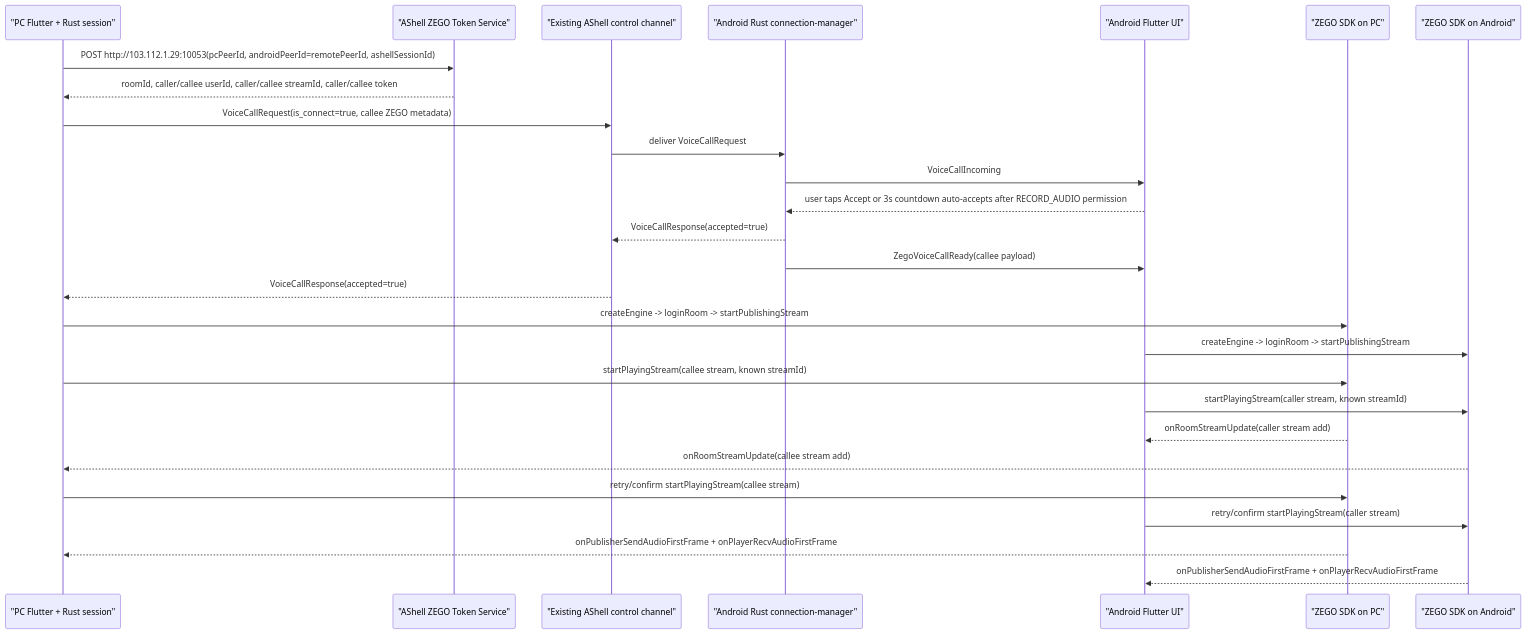
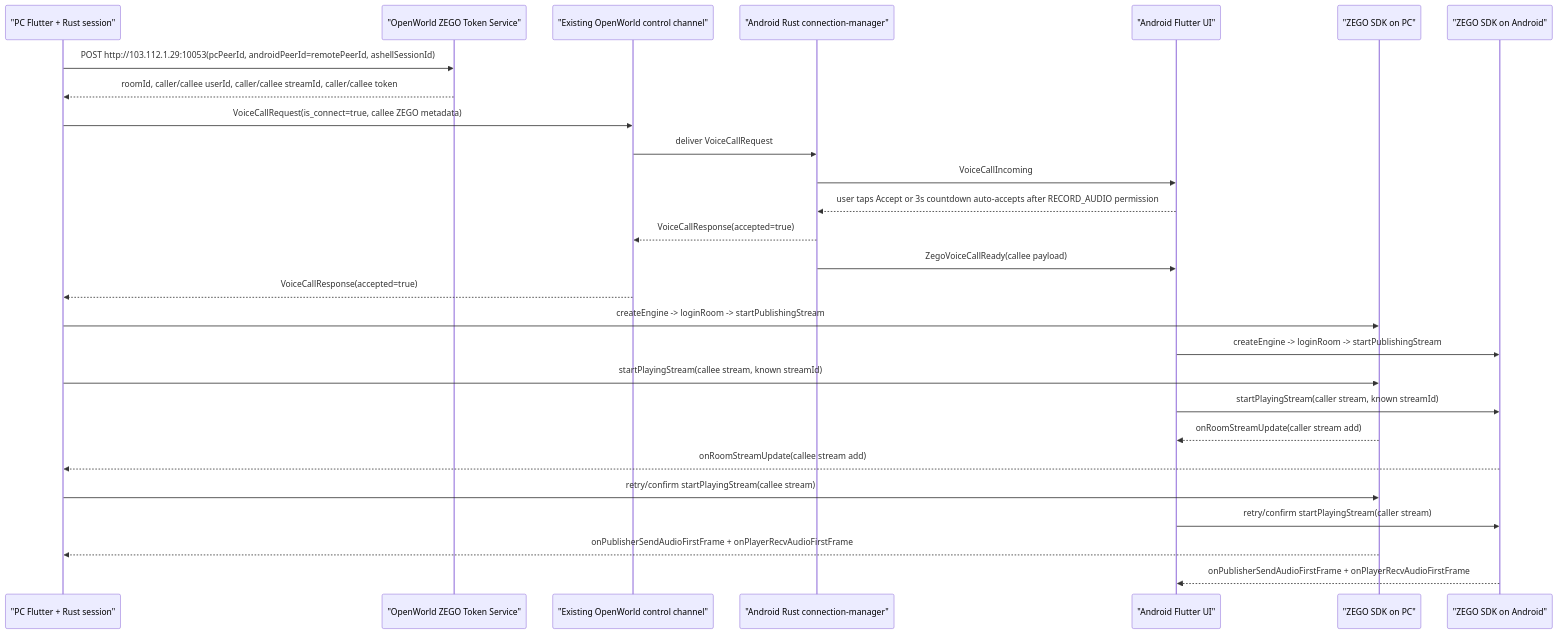
One commit to adb-shell/A-Shell-You changed the first of 3 diagrams in docs/ZEGO_VOICE_CALL_ARCHITECTURE.md. Above: the diagram before and after it, drawn with Mermaid. The commit also changed other lines of this file and 300 other files, not shown here.

````diff
--- a/docs/ZEGO_VOICE_CALL_ARCHITECTURE.md
+++ b/docs/ZEGO_VOICE_CALL_ARCHITECTURE.md
@@ -17,30 +19,30 @@
 ```mermaid
 sequenceDiagram
     participant PC as "PC Flutter + Rust session"
-    participant Token as "AShell ZEGO Token Service"
-    participant Conn as "Existing AShell control channel"
+    participant Token as "OpenWorld ZEGO Token Service"
+    participant Conn as "Existing OpenWorld control channel"
     participant AndroidRust as "Android Rust connection-manager"
     participant AndroidUI as "Android Flutter UI"
     participant ZegoPC as "ZEGO SDK on PC"
     participant ZegoAndroid as "ZEGO SDK on Android"
 
     PC->>Token: POST http://103.112.1.29:10053(pcPeerId, androidPeerId=remotePeerId, ashellSessionId)
     Token-->>PC: roomId, caller/callee userId, caller/callee streamId, caller/callee token
     PC->>Conn: VoiceCallRequest(is_connect=true, callee ZEGO metadata)
     Conn->>AndroidRust: deliver VoiceCallRequest
     AndroidRust->>AndroidUI: VoiceCallIncoming
     AndroidUI-->>AndroidRust: user taps Accept or 3s countdown auto-accepts after RECORD_AUDIO permission
     AndroidRust-->>Conn: VoiceCallResponse(accepted=true)
     AndroidRust->>AndroidUI: ZegoVoiceCallReady(callee payload)
     Conn-->>PC: VoiceCallResponse(accepted=true)
     PC->>ZegoPC: createEngine -> loginRoom -> startPublishingStream
     AndroidUI->>ZegoAndroid: createEngine -> loginRoom -> startPublishingStream
     PC->>ZegoPC: startPlayingStream(callee stream, known streamId)
     AndroidUI->>ZegoAndroid: startPlayingStream(caller stream, known streamId)
     ZegoPC-->>AndroidUI: onRoomStreamUpdate(caller stream add)
     ZegoAndroid-->>PC: onRoomStreamUpdate(callee stream add)
     PC->>ZegoPC: retry/confirm startPlayingStream(callee stream)
     AndroidUI->>ZegoAndroid: retry/confirm startPlayingStream(caller stream)
     ZegoPC-->>PC: onPublisherSendAudioFirstFrame + onPlayerRecvAudioFirstFrame
     ZegoAndroid-->>AndroidUI: onPublisherSendAudioFirstFrame + onPlayerRecvAudioFirstFrame
 ```
````
